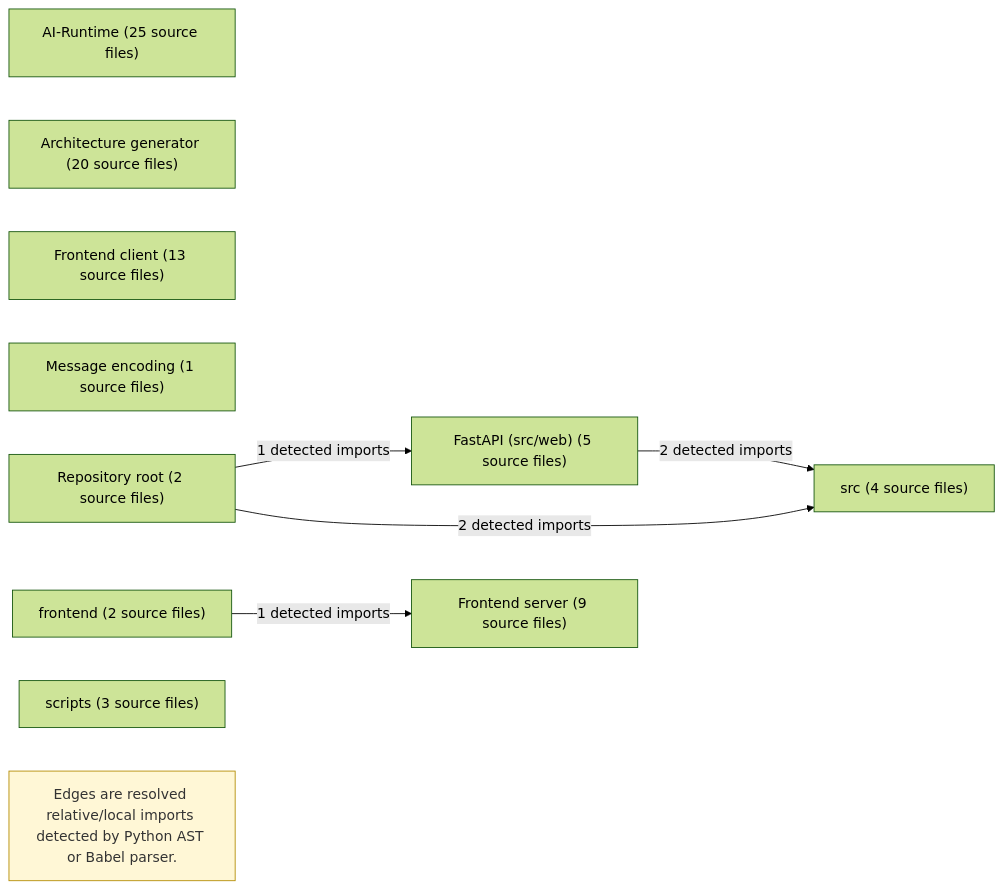
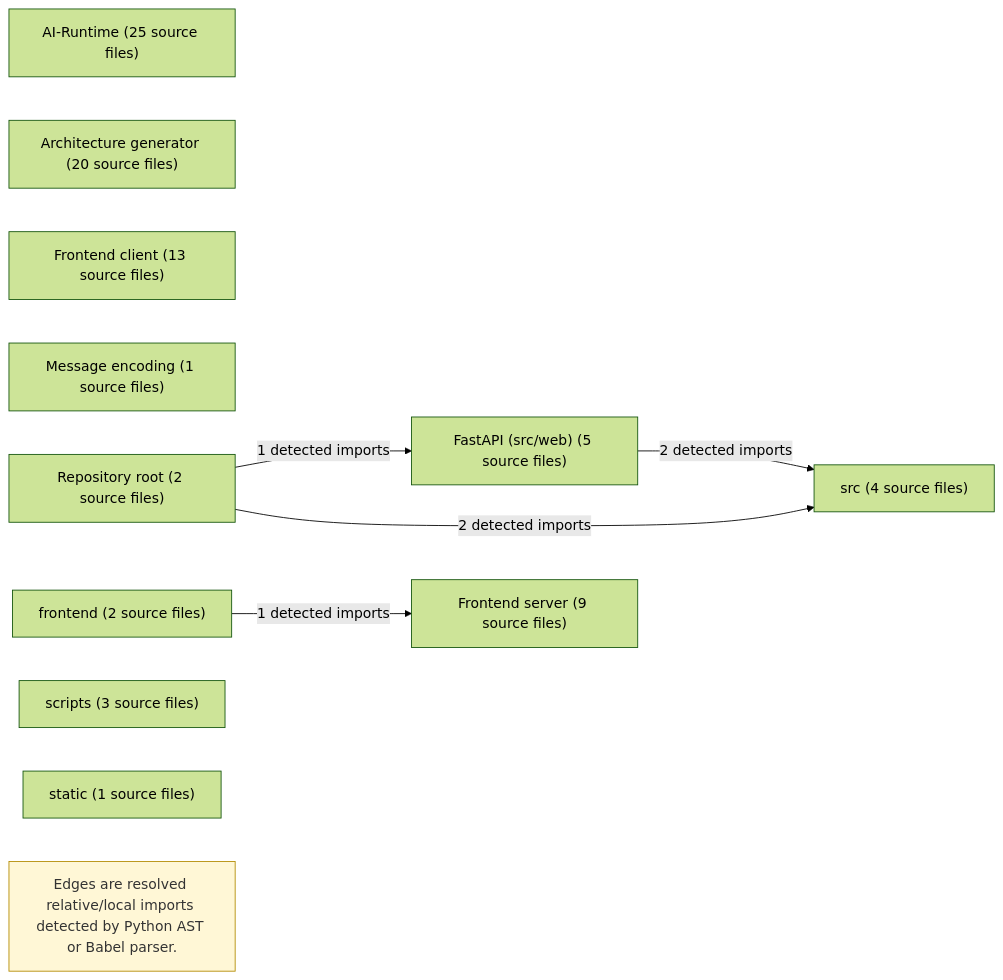
Before and after one commit to TheWildKaden/ArdvarkFood: the diagram in docs/architecture/modules.mmd, drawn with Mermaid (forest theme). The commit also changed 12 other files, not shown here.

```diff
--- a/docs/architecture/modules.mmd
+++ b/docs/architecture/modules.mmd
@@ -1,18 +1,19 @@
 flowchart LR
   AI_Runtime["AI-Runtime (25 source files)"]
   Architecture_generator["Architecture generator (20 source files)"]
   FastAPI__src_web_["FastAPI (src/web) (5 source files)"]
   Frontend_client["Frontend client (13 source files)"]
   Frontend_server["Frontend server (9 source files)"]
   Message_encoding["Message encoding (1 source files)"]
   Repository_root["Repository root (2 source files)"]
   frontend["frontend (2 source files)"]
   scripts["scripts (3 source files)"]
   src["src (4 source files)"]
+  static["static (1 source files)"]
   FastAPI__src_web_ -->|"2 detected imports"| src
   Repository_root -->|"1 detected imports"| FastAPI__src_web_
   Repository_root -->|"2 detected imports"| src
   frontend -->|"1 detected imports"| Frontend_server
   analysis_note_0["Edges are resolved relative/local imports detected by Python AST or Babel parser."]
   class analysis_note_0 note
   classDef note fill:#fff7d6,stroke:#b38b00,color:#333
```
